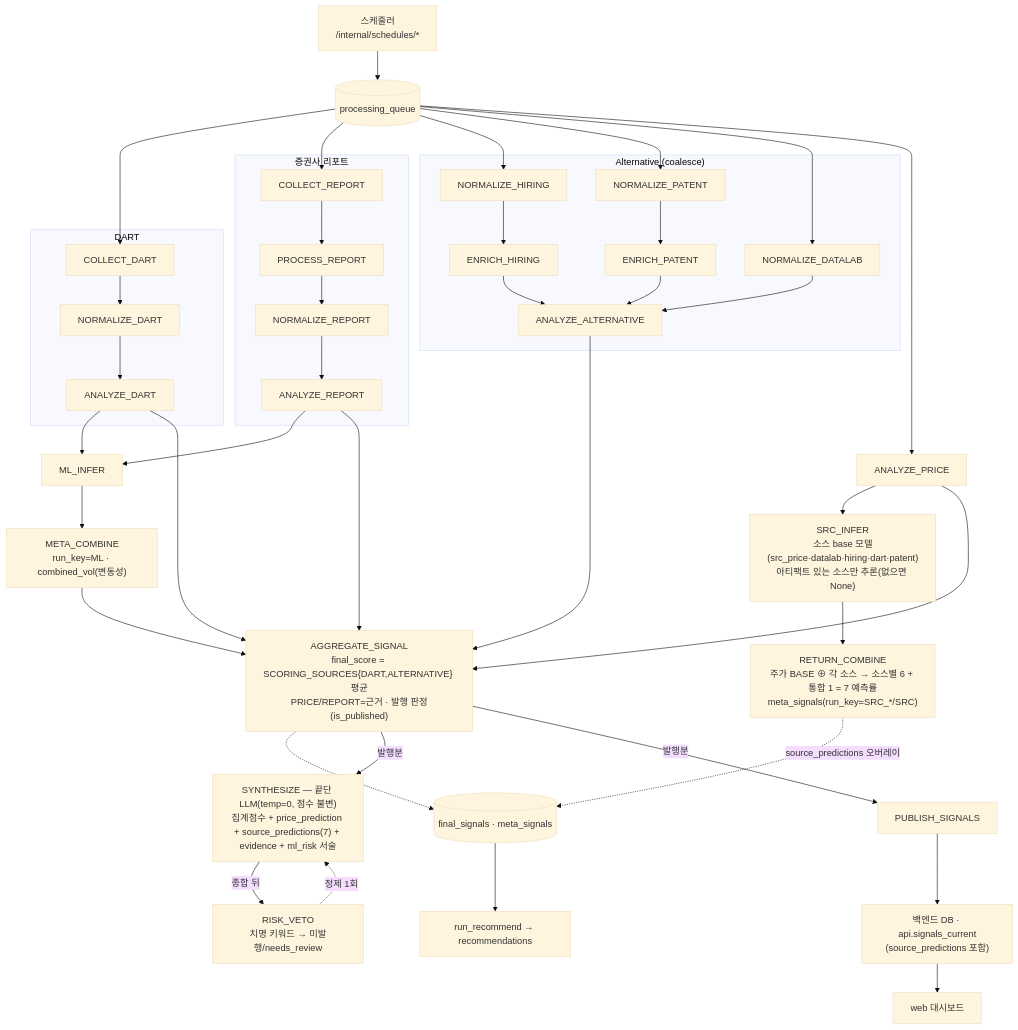
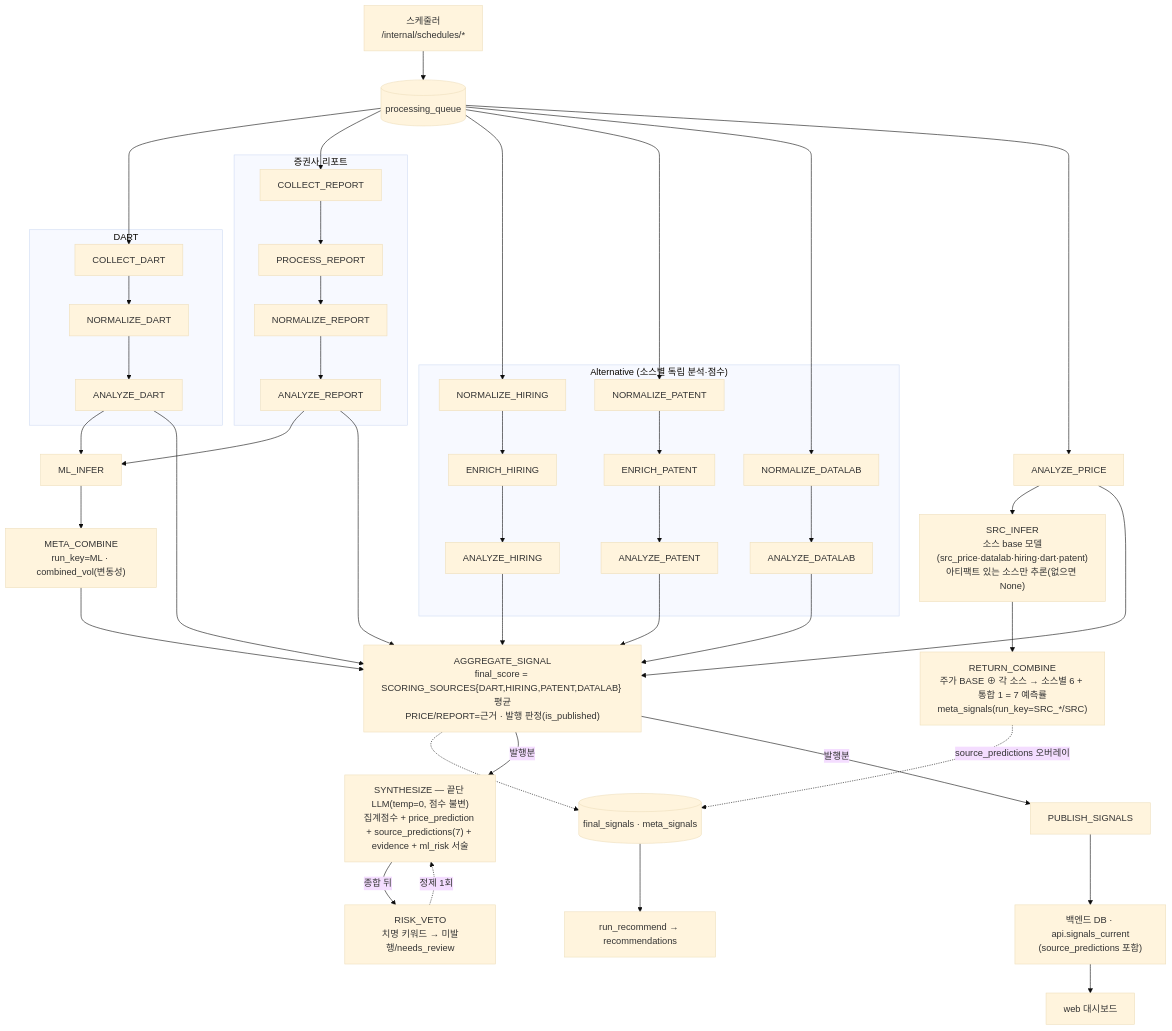
Before and after one commit to AIX14-3/signal-alpha: the diagram in docs/spec/worker-pipeline-detailed.md, drawn with Mermaid (base theme). The commit also changed other lines of this file and 17 other files, not shown here.

First line of the commit message:
feat(worker): ANALYZE_ALTERNATIVE 스테이지 3분리 — 소스별 분석 스테이지 (C안 Phase 3)

````diff
--- a/docs/spec/worker-pipeline-detailed.md
+++ b/docs/spec/worker-pipeline-detailed.md
@@ -10,53 +10,52 @@
 ```mermaid
 flowchart TB
   sch["스케줄러<br/>/internal/schedules/*"] --> Q[("processing_queue")]
 
   subgraph DART
     cd[COLLECT_DART] --> nd[NORMALIZE_DART] --> ad[ANALYZE_DART]
   end
   subgraph REPORT["증권사 리포트"]
     cr[COLLECT_REPORT] --> prc[PROCESS_REPORT] --> nr[NORMALIZE_REPORT] --> ar[ANALYZE_REPORT]
   end
-  subgraph ALT["Alternative (coalesce)"]
-    nh[NORMALIZE_HIRING] --> eh[ENRICH_HIRING]
-    npa[NORMALIZE_PATENT] --> ep[ENRICH_PATENT]
-    ndl[NORMALIZE_DATALAB]
-    eh --> aa[ANALYZE_ALTERNATIVE]
-    ep --> aa
-    ndl --> aa
+  subgraph ALT["Alternative (소스별 독립 분석·점수)"]
+    nh[NORMALIZE_HIRING] --> eh[ENRICH_HIRING] --> ah[ANALYZE_HIRING]
+    npa[NORMALIZE_PATENT] --> ep[ENRICH_PATENT] --> apa[ANALYZE_PATENT]
+    ndl[NORMALIZE_DATALAB] --> adl[ANALYZE_DATALAB]
   end
   ap[ANALYZE_PRICE]
 
   Q --> cd
   Q --> cr
   Q --> nh
   Q --> npa
   Q --> ndl
   Q --> ap
 
   %% 변동성 채널 (run_key=ML)
   ad --> mi[ML_INFER]
   ar --> mi
   mi --> mc["META_COMBINE<br/>run_key=ML · combined_vol(변동성)"]
 
   %% 메타러너 예측 라인 (주가 BASE 앵커 + 대체데이터 가산)
   ap --> si["SRC_INFER<br/>소스 base 모델(src_price·datalab·hiring·dart·patent)<br/>아티팩트 있는 소스만 추론(없으면 None)"]
   si --> rc["RETURN_COMBINE<br/>주가 BASE ⊕ 각 소스 → 소스별 6 + 통합 1 = 7 예측률<br/>meta_signals(run_key=SRC_*/SRC)"]
 
   ad --> agg
   ar --> agg
-  aa --> agg
+  ah --> agg
+  apa --> agg
+  adl --> agg
   ap --> agg
   mc --> agg
-  agg["AGGREGATE_SIGNAL<br/>final_score = SCORING_SOURCES{DART,ALTERNATIVE} 평균<br/>PRICE/REPORT=근거 · 발행 판정(is_published)"]
+  agg["AGGREGATE_SIGNAL<br/>final_score = SCORING_SOURCES{DART,HIRING,PATENT,DATALAB} 평균<br/>PRICE/REPORT=근거 · 발행 판정(is_published)"]
 
   rc -. "source_predictions 오버레이" .-> fsig[("final_signals · meta_signals")]
   agg -.-> fsig
 
   agg -- "발행분" --> sy["SYNTHESIZE — 끝단 LLM(temp=0, 점수 불변)<br/>집계점수 + price_prediction + source_predictions(7) + evidence + ml_risk 서술"]
   agg -- "발행분" --> pub[PUBLISH_SIGNALS]
   sy -- "종합 뒤" --> rv["RISK_VETO<br/>치명 키워드 → 미발행/needs_review"]
   rv -. "정제 1회" .-> sy
   pub --> api["백엔드 DB · api.signals_current<br/>(source_predictions 포함)"] --> web[web 대시보드]
   fsig --> rec["run_recommend → recommendations"]
 ```
````
